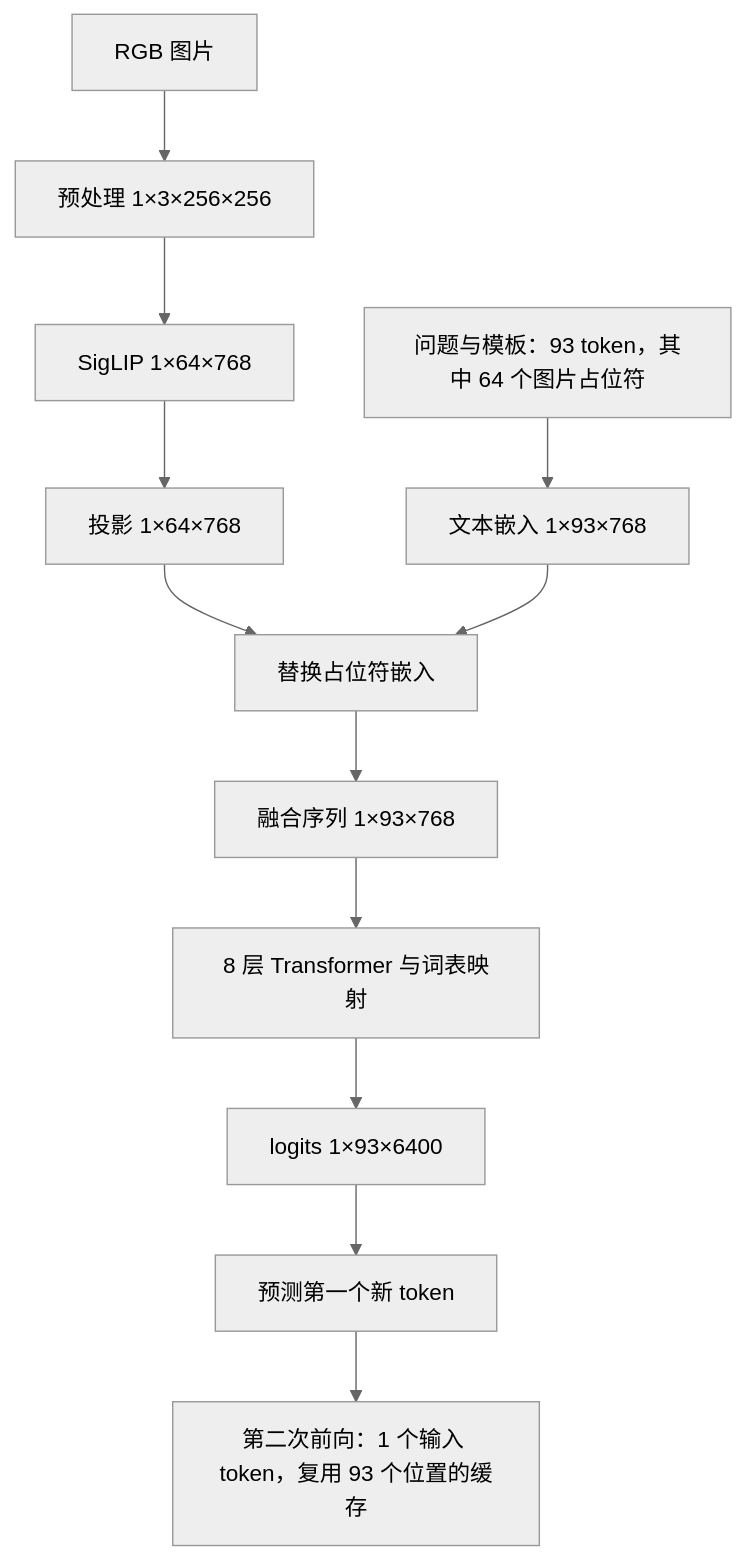
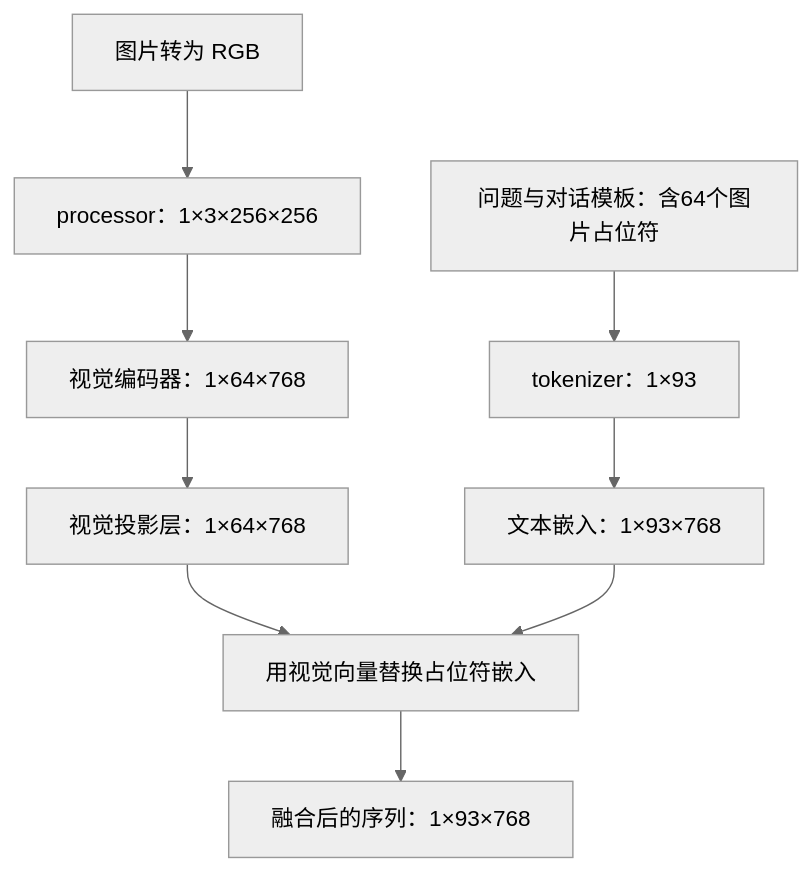
The diagram in README.md (cry-07/minimind-v-inference-study), drawn with Mermaid (neutral theme) before and after one commit. The commit also changed other lines of this file, not shown here.

````diff
--- a/README.md
+++ b/README.md
@@ -35,14 +30,11 @@
 ```mermaid
 flowchart TD
-    A[RGB 图片] --> B[预处理 1×3×256×256]
-    B --> C[SigLIP 1×64×768]
-    C --> D[投影 1×64×768]
-    E[问题与模板：93 token，其中 64 个图片占位符] --> F[文本嵌入 1×93×768]
-    D --> G[替换占位符嵌入]
-    F --> G
-    G --> H[融合序列 1×93×768]
-    H --> I[8 层 Transformer 与词表映射]
-    I --> J[logits 1×93×6400]
-    J --> K[预测第一个新 token]
-    K --> L[第二次前向：1 个输入 token，复用 93 个位置的缓存]
+    A[图片转为 RGB] --> B[processor：1×3×256×256]
+    B --> C[视觉编码器：1×64×768]
+    C --> D[视觉投影层：1×64×768]
+    E[问题与对话模板：含64个图片占位符] --> F[tokenizer：1×93]
+    F --> G[文本嵌入：1×93×768]
+    D --> H[用视觉向量替换占位符嵌入]
+    G --> H
+    H --> I[融合后的序列：1×93×768]
 ```
````
